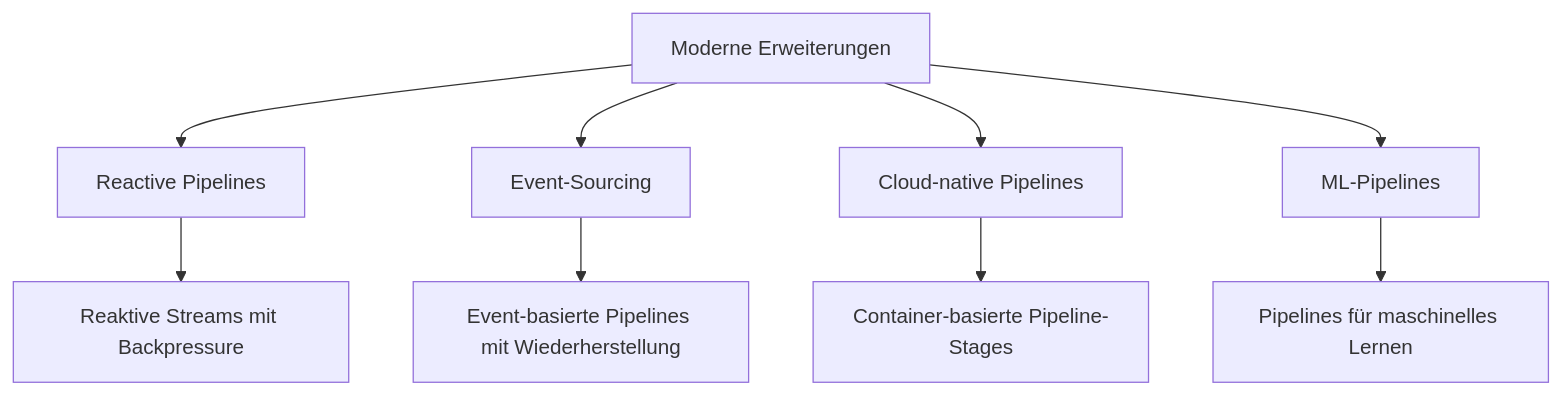
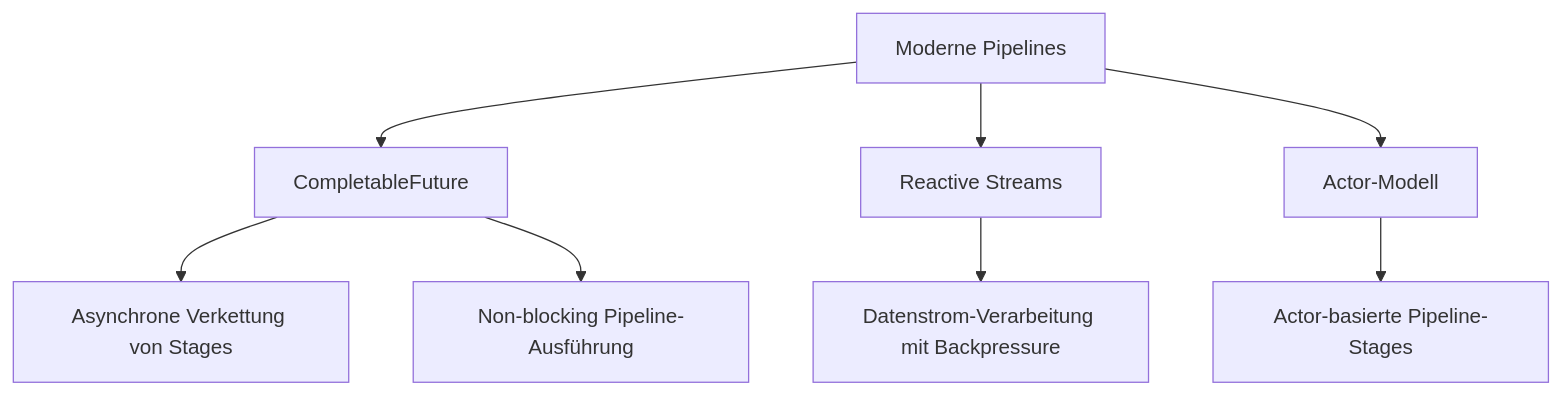
One commit to scimbe/VS_Pattern_By_KI changed diagram 13 of 13 in Pipeline/docs/IMPLEMENTATION_GUIDE.md. Above: the diagram before and after it, drawn with Mermaid. The commit also changed other lines of this file and 19 other files, not shown here.

````diff
--- a/Pipeline/docs/IMPLEMENTATION_GUIDE.md
+++ b/Pipeline/docs/IMPLEMENTATION_GUIDE.md
@@ -182,12 +215,11 @@
 ```mermaid
 graph TD
-    A[Moderne Erweiterungen] --> B[Reactive Pipelines]
-    A --> C[Event-Sourcing]
-    A --> D[Cloud-native Pipelines]
-    A --> E[ML-Pipelines]
+    A[Moderne Pipelines] --> B[CompletableFuture]
+    A --> C[Reactive Streams]
+    A --> D[Actor-Modell]
     
-    B --> B1[Reaktive Streams mit Backpressure]
-    C --> C1[Event-basierte Pipelines mit Wiederherstellung]
-    D --> D1[Container-basierte Pipeline-Stages]
-    E --> E1[Pipelines für maschinelles Lernen]
+    B --> B1[Asynchrone Verkettung von Stages]
+    B --> B2[Non-blocking Pipeline-Ausführung]
+    C --> C1[Datenstrom-Verarbeitung mit Backpressure]
+    D --> D1[Actor-basierte Pipeline-Stages]
 ```
````
